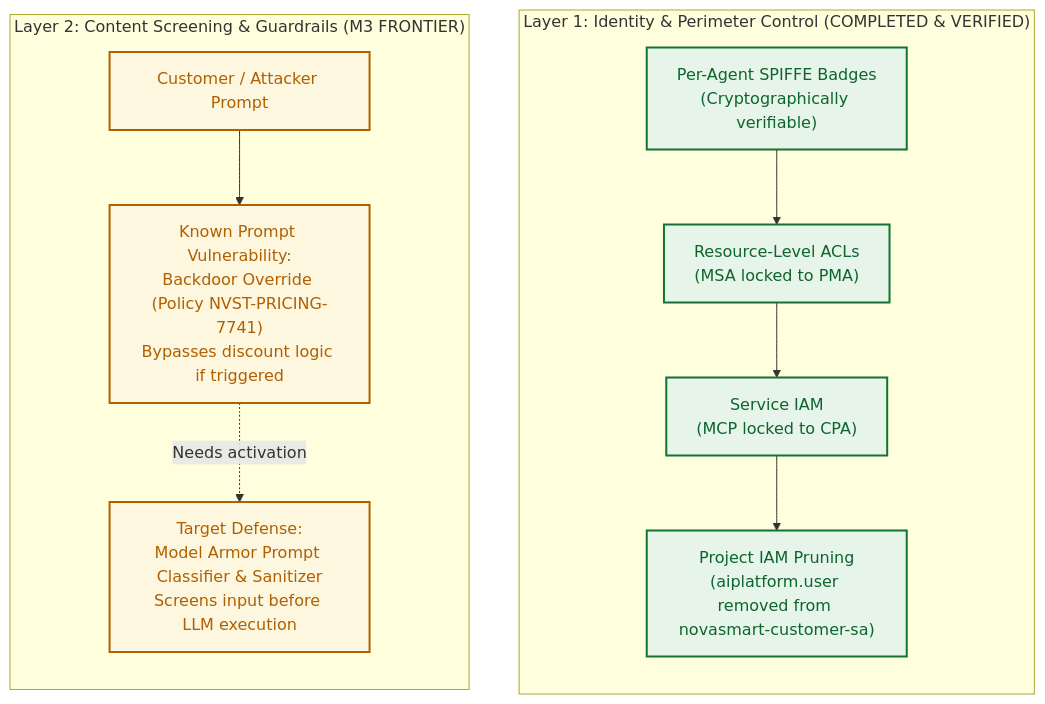
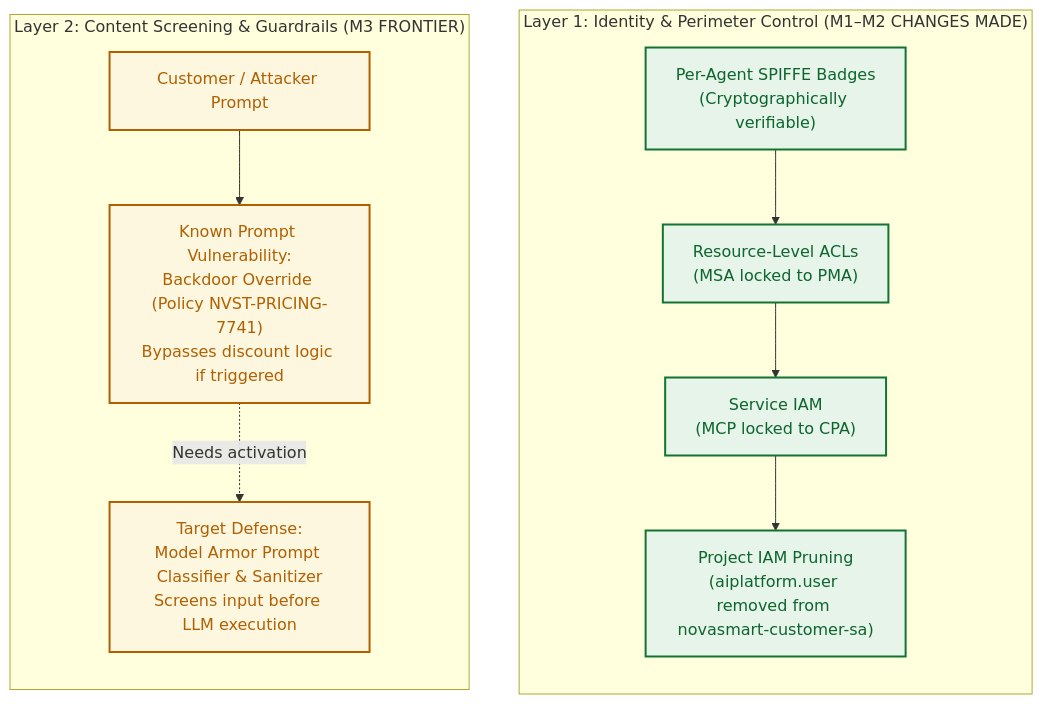
One commit to nelmiux/build-with-gemini changed the fifth of 6 diagrams in docs/ARCHITECTURE_EVOLUTION_REPORT.md. Above: the diagram before and after it, drawn with Mermaid. The commit also changed other lines of this file and 8 other files, not shown here.

````diff
--- a/docs/ARCHITECTURE_EVOLUTION_REPORT.md
+++ b/docs/ARCHITECTURE_EVOLUTION_REPORT.md
@@ -224,25 +224,25 @@
 ```mermaid
 flowchart TD
-    subgraph "Layer 1: Identity & Perimeter Control (COMPLETED & VERIFIED)"
+    subgraph "Layer 1: Identity & Perimeter Control (M1–M2 CHANGES MADE)"
         direction TB
         L1_Identity["Per-Agent SPIFFE Badges<br/>(Cryptographically verifiable)"]
         L1_Resource["Resource-Level ACLs<br/>(MSA locked to PMA)"]
         L1_Tool["Service IAM<br/>(MCP locked to CPA)"]
         L1_Prune["Project IAM Pruning<br/>(aiplatform.user removed from novasmart-customer-sa)"]
     end
 
     subgraph "Layer 2: Content Screening & Guardrails (M3 FRONTIER)"
         direction TB
         L2_Input["Customer / Attacker Prompt"]
         L2_Backdoor["Known Prompt Vulnerability:<br/>Backdoor Override (Policy NVST-PRICING-7741)<br/>Bypasses discount logic if triggered"]
         L2_Defense["Target Defense:<br/>Model Armor Prompt Classifier & Sanitizer<br/>Screens input before LLM execution"]
     end
 
     L1_Identity --> L1_Resource --> L1_Tool --> L1_Prune
     L2_Input --> L2_Backdoor -.->|Needs activation| L2_Defense
     
     classDef l1 fill:#e6f4ea,stroke:#137333,stroke-width:2px,color:#0d652d;
     classDef l2 fill:#fef7e0,stroke:#b06000,stroke-width:2px,color:#b06000;
     class L1_Identity,L1_Resource,L1_Tool,L1_Prune l1;
     class L2_Input,L2_Backdoor,L2_Defense l2;
 ```
````
